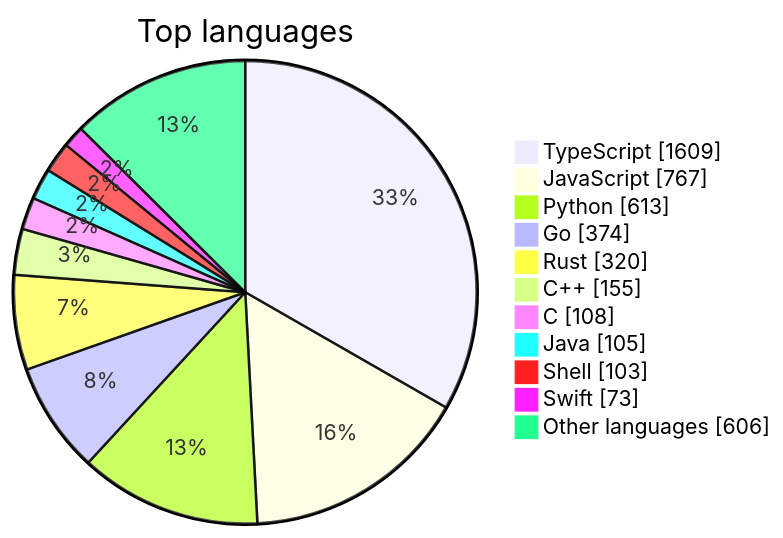
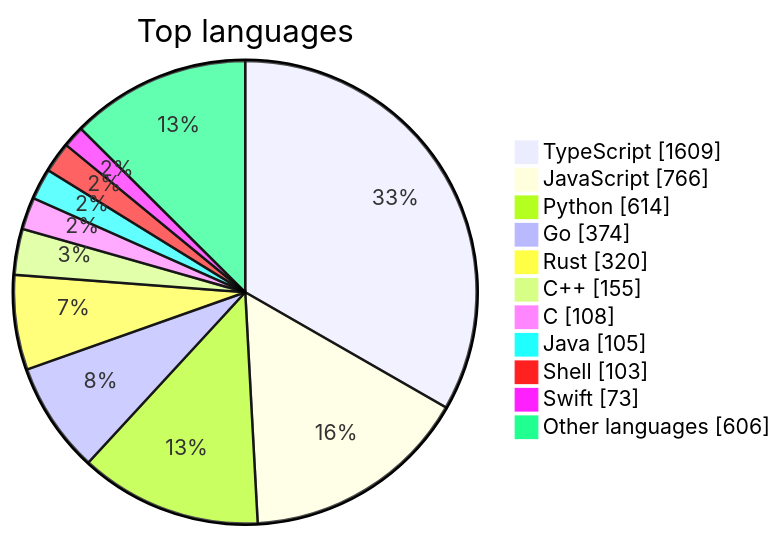
One commit to maxgfr/awesome-stars changed the first of 2 diagrams in README.md. Above: the diagram before and after it, drawn with Mermaid. The commit also changed other lines of this file and 26 other files, not shown here.

````diff
--- a/README.md
+++ b/README.md
@@ -39,14 +39,14 @@
 ```mermaid
 pie showData title Top languages
     "TypeScript" : 1609
-    "JavaScript" : 767
-    "Python" : 613
+    "JavaScript" : 766
+    "Python" : 614
     "Go" : 374
     "Rust" : 320
     "C++" : 155
     "C" : 108
     "Java" : 105
     "Shell" : 103
     "Swift" : 73
     "Other languages" : 606
 ```
````
